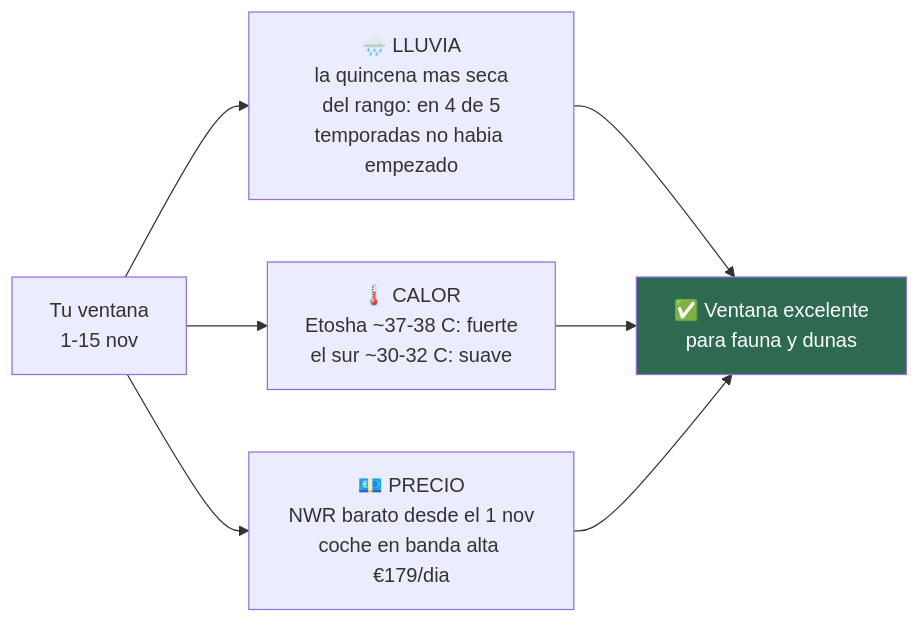
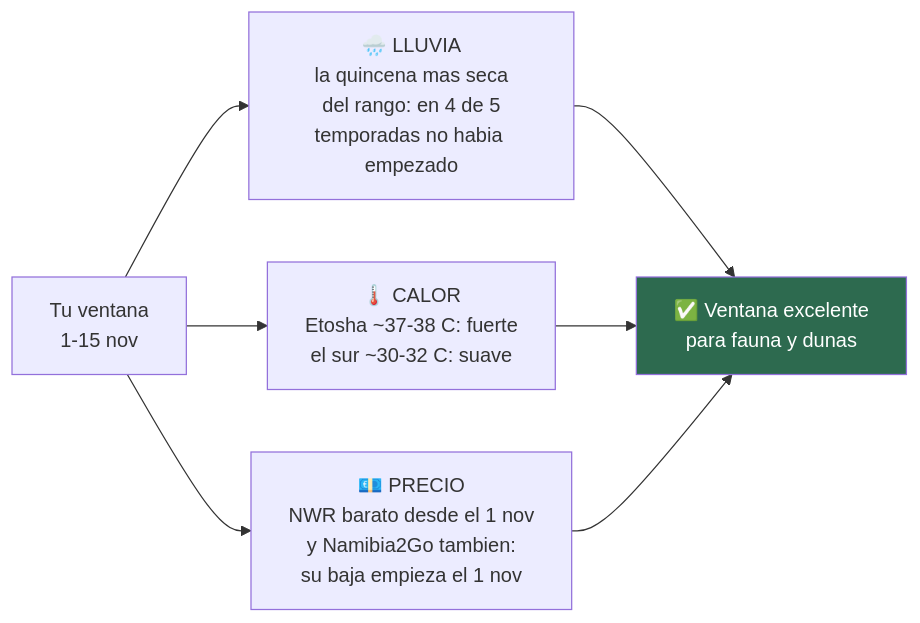
Before and after one commit to morandeirachema/namibia: the second of 5 diagrams in README.md, drawn with Mermaid. The commit also changed other lines of this file and 1 other file, not shown here.

````diff
--- a/README.md
+++ b/README.md
@@ -108,10 +108,10 @@
 ```mermaid
 flowchart LR
     A["Tu ventana<br/>1-15 nov"] --> B["🌧️ LLUVIA<br/>la quincena mas seca<br/>del rango: en 4 de 5<br/>temporadas no habia empezado"]
     A --> C["🌡️ CALOR<br/>Etosha ~37-38 C: fuerte<br/>el sur ~30-32 C: suave"]
-    A --> D["💶 PRECIO<br/>NWR barato desde el 1 nov<br/>coche en banda alta €179/dia"]
+    A --> D["💶 PRECIO<br/>NWR barato desde el 1 nov<br/>y Namibia2Go tambien:<br/>su baja empieza el 1 nov"]
     B --> E["✅ Ventana excelente<br/>para fauna y dunas"]
     C --> E
     D --> E
     style E fill:#2d6a4f,color:#fff
 ```
````
